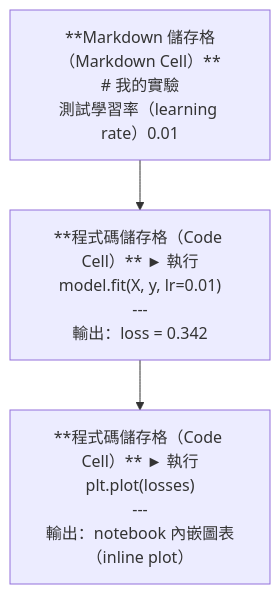
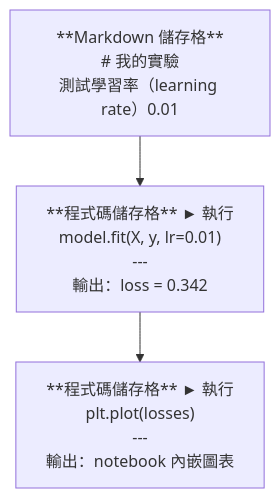
One commit to edward821220/ai-engineering-from-scratch changed the first of 2 diagrams in i18n/zh-TW/phases/00-setup-and-tooling/05-jupyter-notebooks/docs/zh-TW.md. Above: the diagram before and after it, drawn with Mermaid. The commit also changed other lines of this file and 123 other files, not shown here.

````diff
--- a/i18n/zh-TW/phases/00-setup-and-tooling/05-jupyter-notebooks/docs/zh-TW.md
+++ b/i18n/zh-TW/phases/00-setup-and-tooling/05-jupyter-notebooks/docs/zh-TW.md
@@ -27,5 +27,5 @@
 ```mermaid
 graph TD
-    A["**Markdown 儲存格（Markdown Cell）**\n# 我的實驗\n測試學習率（learning rate）0.01"] --> B["**程式碼儲存格（Code Cell）** ► 執行\nmodel.fit(X, y, lr=0.01)\n---\n輸出：loss = 0.342"]
-    B --> C["**程式碼儲存格（Code Cell）** ► 執行\nplt.plot(losses)\n---\n輸出：notebook 內嵌圖表（inline plot）"]
+    A["**Markdown 儲存格**\n# 我的實驗\n測試學習率（learning rate）0.01"] --> B["**程式碼儲存格** ► 執行\nmodel.fit(X, y, lr=0.01)\n---\n輸出：loss = 0.342"]
+    B --> C["**程式碼儲存格** ► 執行\nplt.plot(losses)\n---\n輸出：notebook 內嵌圖表"]
 ```
````
